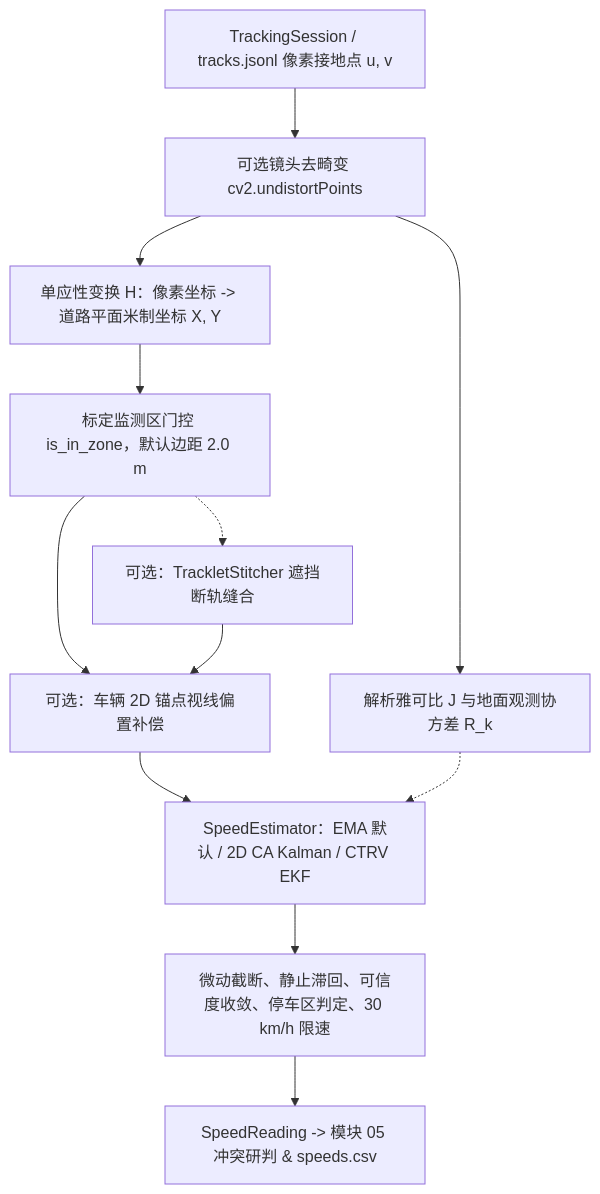
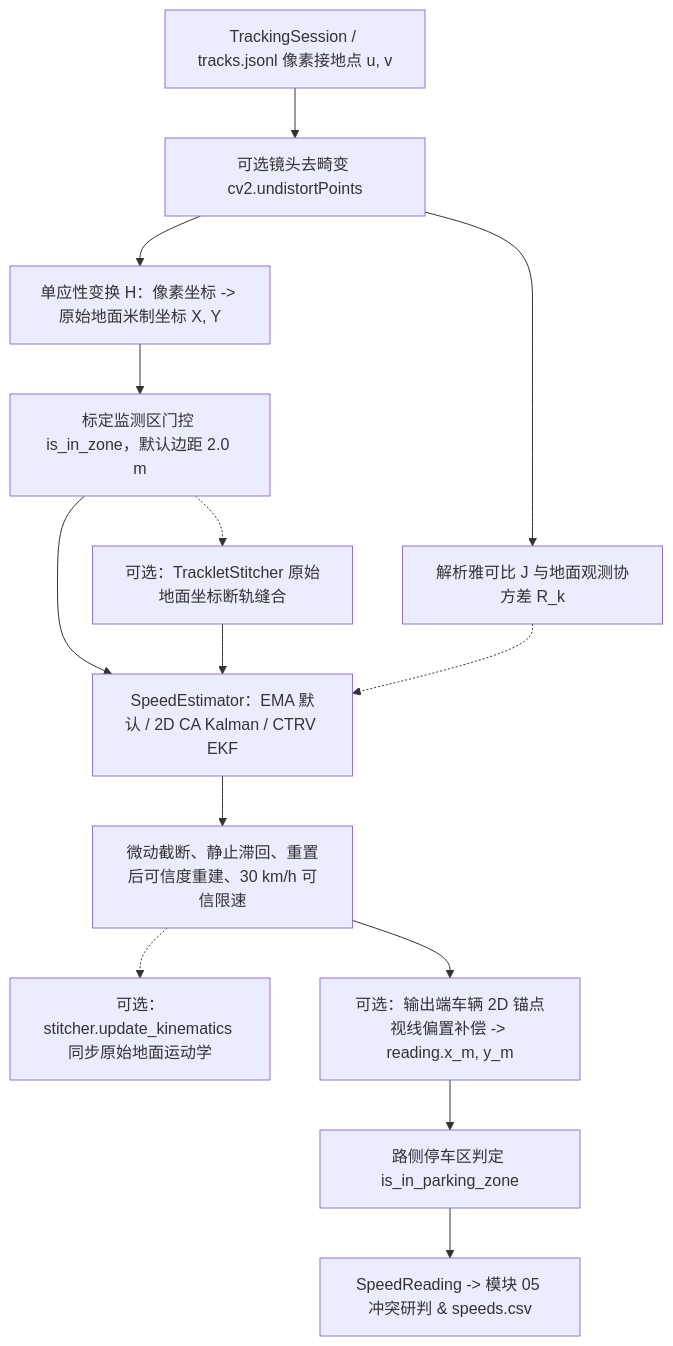
Before and after one commit to blckgum/jszx-: the diagram in docs/modules/04_单应性标定与多模型物理测速_解释文档.md, drawn with Mermaid. The commit also changed other lines of this file and 5 other files, not shown here.

````diff
--- a/docs/modules/04_单应性标定与多模型物理测速_解释文档.md
+++ b/docs/modules/04_单应性标定与多模型物理测速_解释文档.md
@@ -13,14 +13,16 @@
 ```mermaid
 flowchart TD
     A[TrackingSession / tracks.jsonl 像素接地点 u, v] --> B[可选镜头去畸变 cv2.undistortPoints]
-    B --> C[单应性变换 H：像素坐标 -> 道路平面米制坐标 X, Y]
+    B --> C[单应性变换 H：像素坐标 -> 原始地面米制坐标 X, Y]
     C --> D[标定监测区门控 is_in_zone，默认边距 2.0 m]
-    D -.-> S[可选：TrackletStitcher 遮挡断轨缝合]
-    D --> E[可选：车辆 2D 锚点视线偏置补偿]
-    S --> E
+    D -.-> S[可选：TrackletStitcher 原始地面坐标断轨缝合]
+    D --> F[SpeedEstimator：EMA 默认 / 2D CA Kalman / CTRV EKF]
+    S --> F
     B --> J[解析雅可比 J 与地面观测协方差 R_k]
-    E --> F[SpeedEstimator：EMA 默认 / 2D CA Kalman / CTRV EKF]
     J -.-> F
-    F --> G[微动截断、静止滞回、可信度收敛、停车区判定、30 km/h 限速]
-    G --> H[SpeedReading -> 模块 05 冲突研判 & speeds.csv]
+    F --> G[微动截断、静止滞回、重置后可信度重建、30 km/h 可信限速]
+    G -.-> SK[可选：stitcher.update_kinematics 同步原始地面运动学]
+    G --> E[可选：输出端车辆 2D 锚点视线偏置补偿 -> reading.x_m, y_m]
+    E --> P[路侧停车区判定 is_in_parking_zone]
+    P --> H[SpeedReading -> 模块 05 冲突研判 & speeds.csv]
 ```
````
